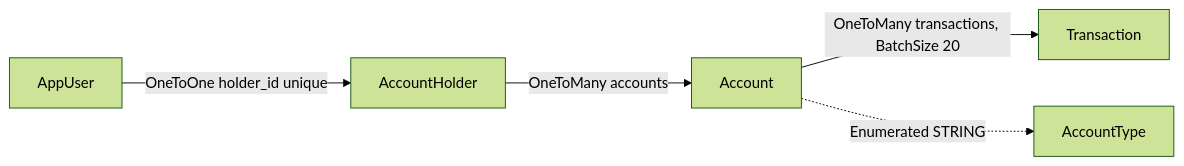
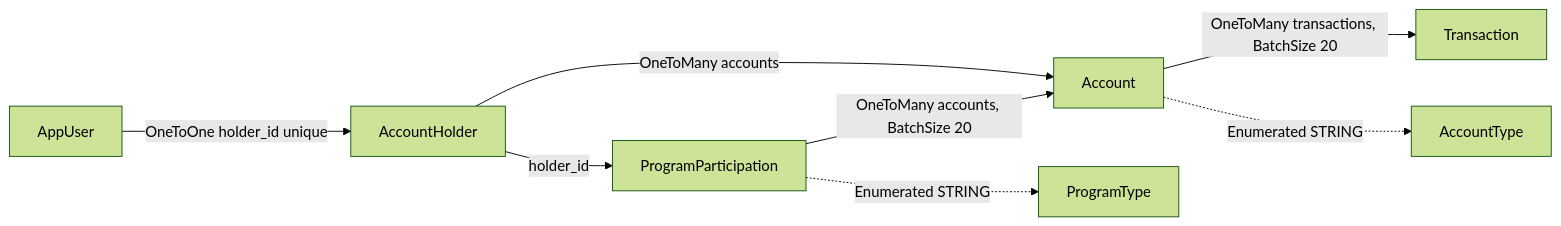
The diagram in droid-wiki/systems/persistence.md (factory-aj-pahl/mockingbird-bank), drawn with Mermaid (forest theme) before and after one commit. The commit also changed other lines of this file and 78 other files, not shown here.

````diff
--- a/droid-wiki/systems/persistence.md
+++ b/droid-wiki/systems/persistence.md
@@ -39,7 +42,10 @@
 ```mermaid
 graph LR
     AppUser -->|"OneToOne holder_id unique"| AccountHolder
     AccountHolder -->|"OneToMany accounts"| Account
     Account -->|"OneToMany transactions, BatchSize 20"| Transaction
     Account -.->|"Enumerated STRING"| AccountType
+    AccountHolder -->|"holder_id"| ProgramParticipation
+    ProgramParticipation -->|"OneToMany accounts, BatchSize 20"| Account
+    ProgramParticipation -.->|"Enumerated STRING"| ProgramType
 ```
````
